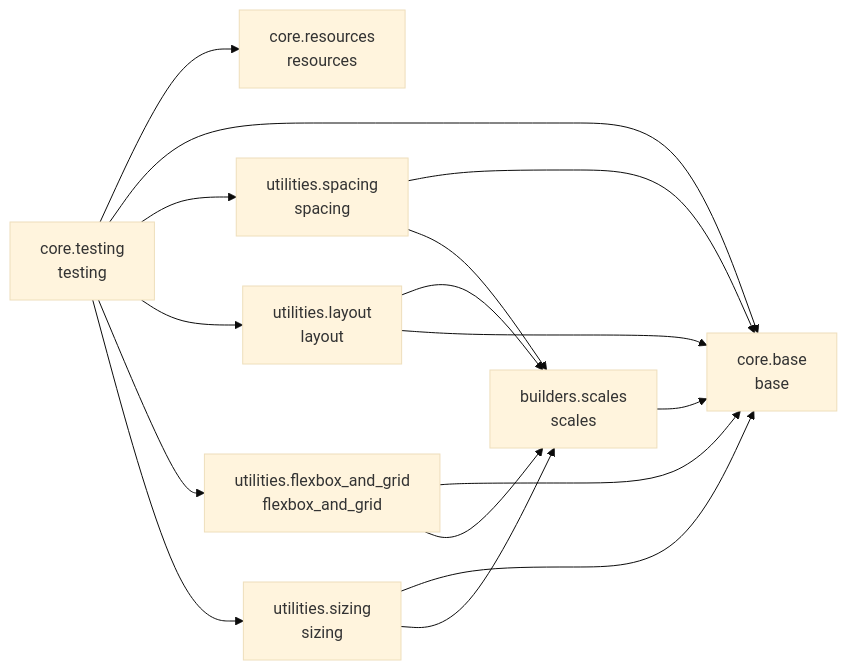
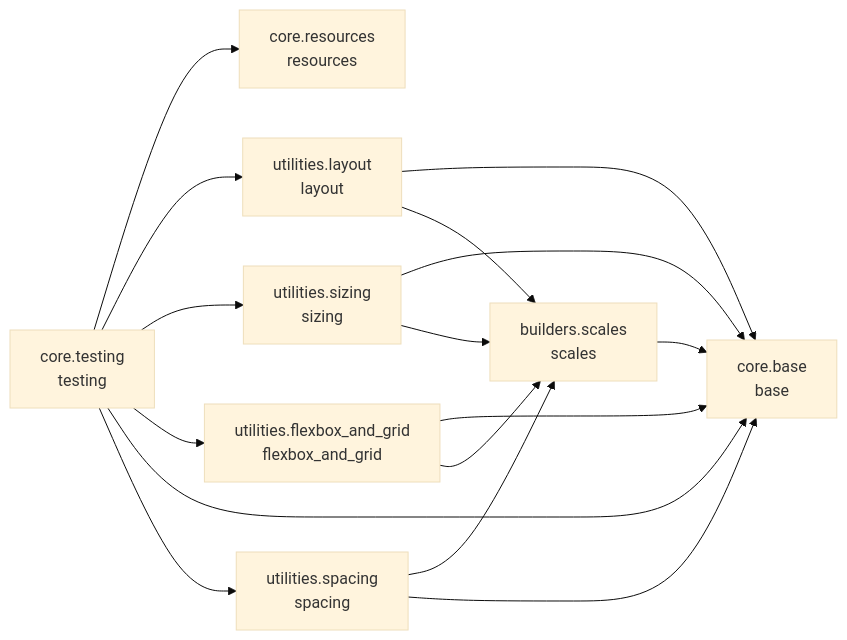
Before and after one commit to cj-mills/cjm-fasthtml-tailwind: the diagram in README.md, drawn with Mermaid (base theme). The commit also changed other lines of this file and 11 other files, not shown here.

````diff
--- a/README.md
+++ b/README.md
@@ -31,27 +31,27 @@
 ``` mermaid
 graph LR
     builders_scales[builders.scales<br/>scales]
     core_base[core.base<br/>base]
     core_resources[core.resources<br/>resources]
     core_testing[core.testing<br/>testing]
     utilities_flexbox_and_grid[utilities.flexbox_and_grid<br/>flexbox_and_grid]
     utilities_layout[utilities.layout<br/>layout]
     utilities_sizing[utilities.sizing<br/>sizing]
     utilities_spacing[utilities.spacing<br/>spacing]
 
     builders_scales --> core_base
     core_testing --> core_resources
+    core_testing --> utilities_layout
+    core_testing --> utilities_sizing
+    core_testing --> utilities_flexbox_and_grid
     core_testing --> core_base
     core_testing --> utilities_spacing
-    core_testing --> utilities_layout
-    core_testing --> utilities_flexbox_and_grid
-    core_testing --> utilities_sizing
     utilities_flexbox_and_grid --> core_base
     utilities_flexbox_and_grid --> builders_scales
+    utilities_layout --> core_base
     utilities_layout --> builders_scales
-    utilities_layout --> core_base
     utilities_sizing --> core_base
     utilities_sizing --> builders_scales
+    utilities_spacing --> builders_scales
     utilities_spacing --> core_base
-    utilities_spacing --> builders_scales
 ```
````
